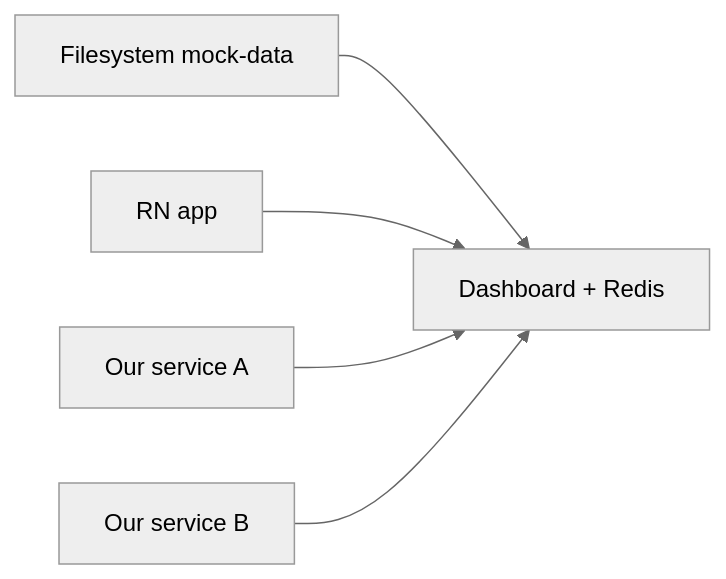
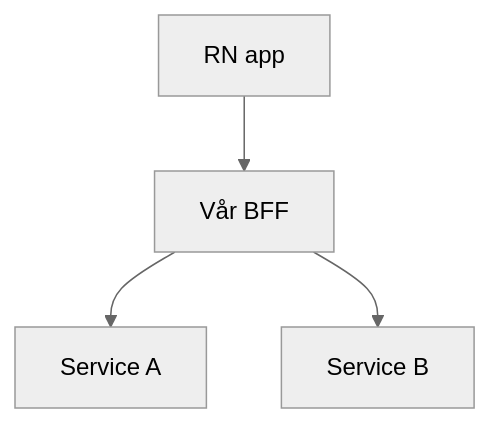
Before and after one commit to sgedda/mockifyer: the third of 3 diagrams in docs/presentations/mockifyer-devex.md, drawn with Mermaid (neutral theme). The commit also changed other lines of this file and 2 other files, not shown here.

````diff
--- a/docs/presentations/mockifyer-devex.md
+++ b/docs/presentations/mockifyer-devex.md
@@ -167,7 +170,6 @@
 ```mermaid
-flowchart LR
-  FS["Filesystem mock-data"] --> Dash["Dashboard + Redis"]
-  App["RN app"] --> Dash
-  SvcA["Our service A"] --> Dash
-  SvcB["Our service B"] --> Dash
+flowchart TD
+  App["RN app"] --> BFF["Vår BFF"]
+  BFF --> S1["Service A"]
+  BFF --> S2["Service B"]
 ```
````
